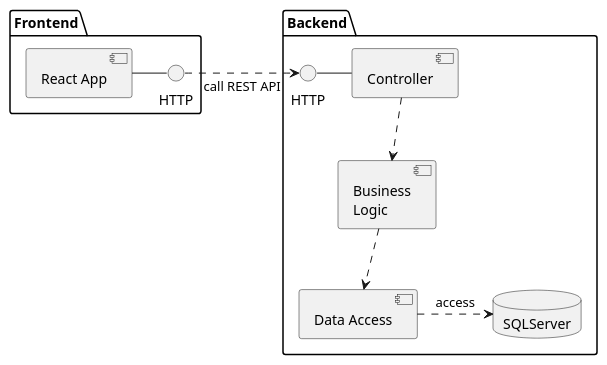
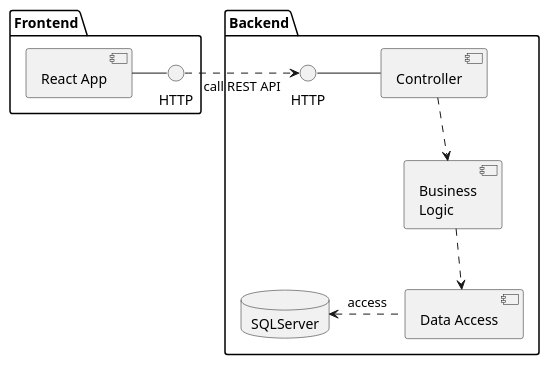
One commit to tozydev/virgo-14 changed the seventh of 9 diagrams in docs/software-specs.md. Above: the diagram before and after it, drawn with PlantUML. The commit also changed other lines of this file and 3 other files, not shown here.

````diff
--- a/docs/software-specs.md
+++ b/docs/software-specs.md
@@ -481,25 +481,25 @@
 ```plantuml
 '| fig-cap: Biểu đồ thành phần hệ thống
 @startuml
 
 package Frontend as F {
     [React App] as RA
     interface "HTTP" as FHTTP
     RA -r- FHTTP
 }
 
 package Backend as B {
     [Controller] as C
     [Business\nLogic] as BS
     [Data Access] as DA
     database "SQLServer" as DB
     
     FHTTP .r.> HTTP : call REST API
     HTTP -r- C
     C ..> BS
     BS ..> DA
-    DA .r.> DB : access
+    DA .l.> DB : access
 }
 
 @enduml
 ```
````
